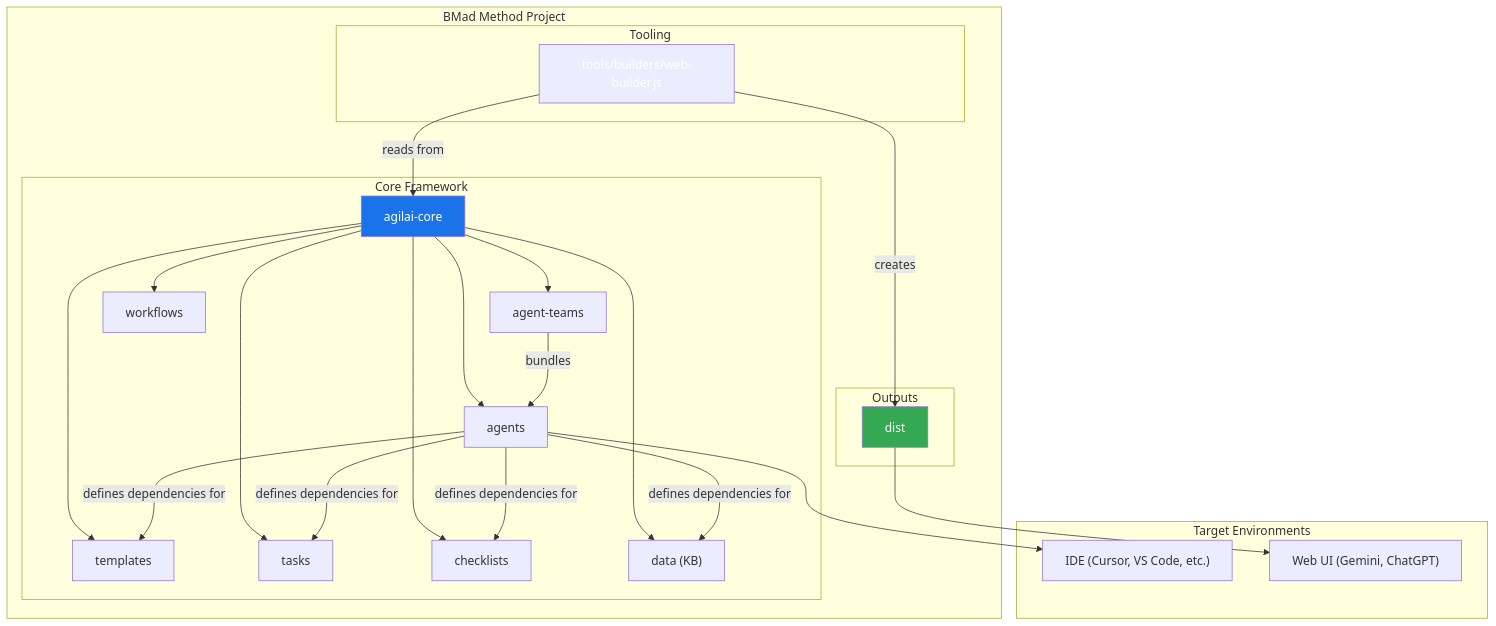
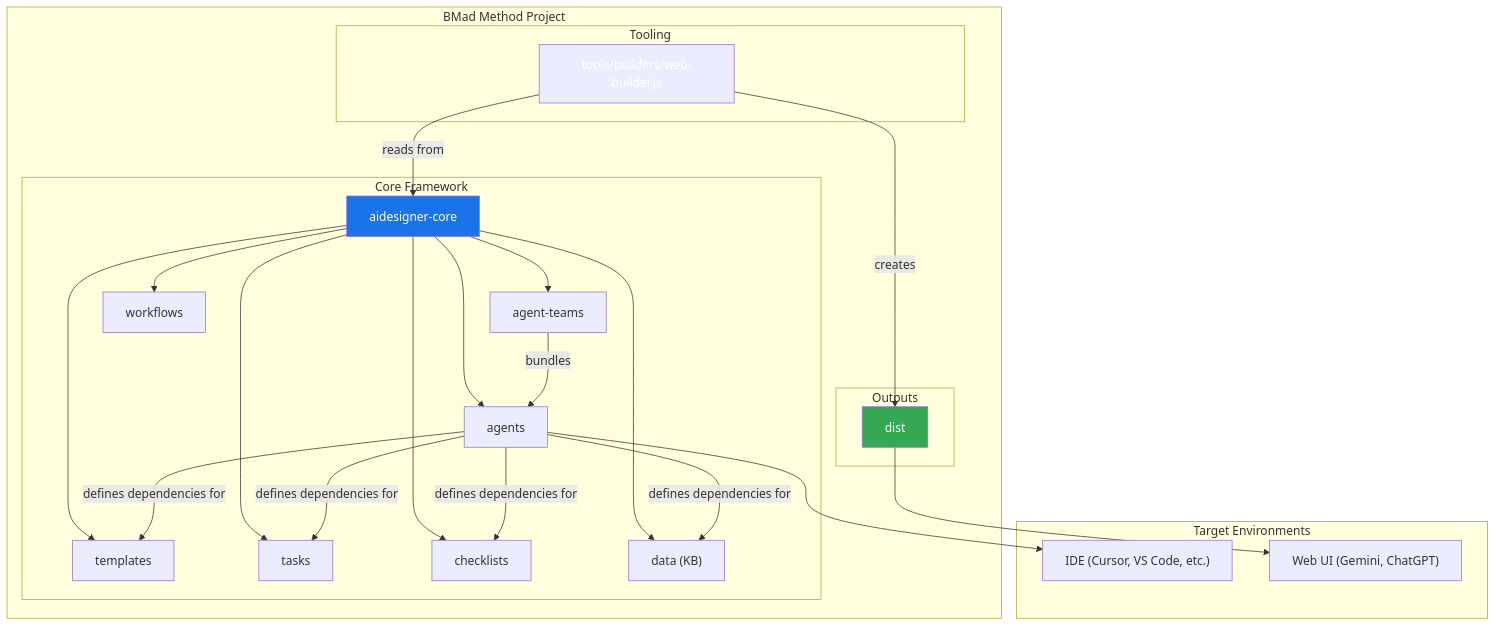
The first of 3 diagrams in docs/core-architecture.md (bacoco/AiDesigner), drawn with Mermaid before and after one commit. The commit also changed other lines of this file and 310 other files, not shown here.

First line of the commit message:
refactor: rename package from agilai to aidesigner

````diff
--- a/docs/core-architecture.md
+++ b/docs/core-architecture.md
@@ -17,44 +17,44 @@
 ```mermaid
 graph TD
     subgraph BMad Method Project
         subgraph Core Framework
-            A["agilai-core"]
+            A["aidesigner-core"]
             A --> B["agents"]
             A --> C["agent-teams"]
             A --> D["workflows"]
             A --> E["templates"]
             A --> F["tasks"]
             A --> G["checklists"]
             A --> H["data (KB)"]
         end
 
         subgraph Tooling
             I["tools/builders/web-builder.js"]
         end
 
         subgraph Outputs
             J["dist"]
         end
 
         B -- defines dependencies for --> E
         B -- defines dependencies for --> F
         B -- defines dependencies for --> G
         B -- defines dependencies for --> H
 
         C -- bundles --> B
         I -- reads from --> A
         I -- creates --> J
     end
 
     subgraph Target Environments
         K["IDE (Cursor, VS Code, etc.)"]
         L["Web UI (Gemini, ChatGPT)"]
     end
 
     B --> K
     J --> L
 
     style A fill:#1a73e8,color:#fff
-    style I fill:#f9abagilaiagilai,color:#fff
+    style I fill:#f9abaidesigneraidesigner,color:#fff
     style J fill:#34a853,color:#fff
 ```
````
